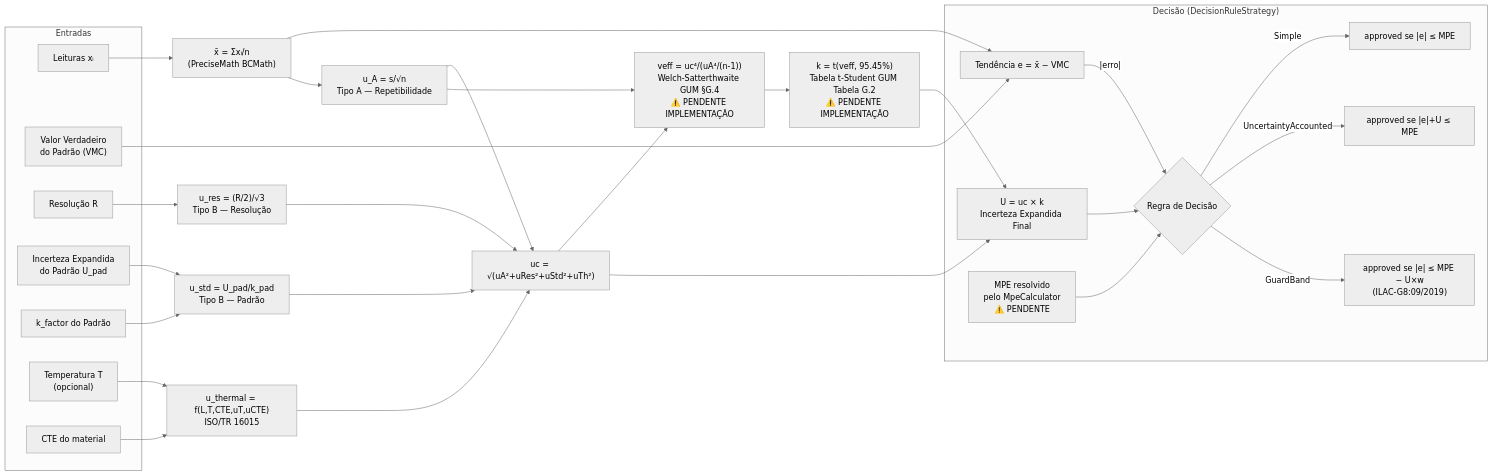
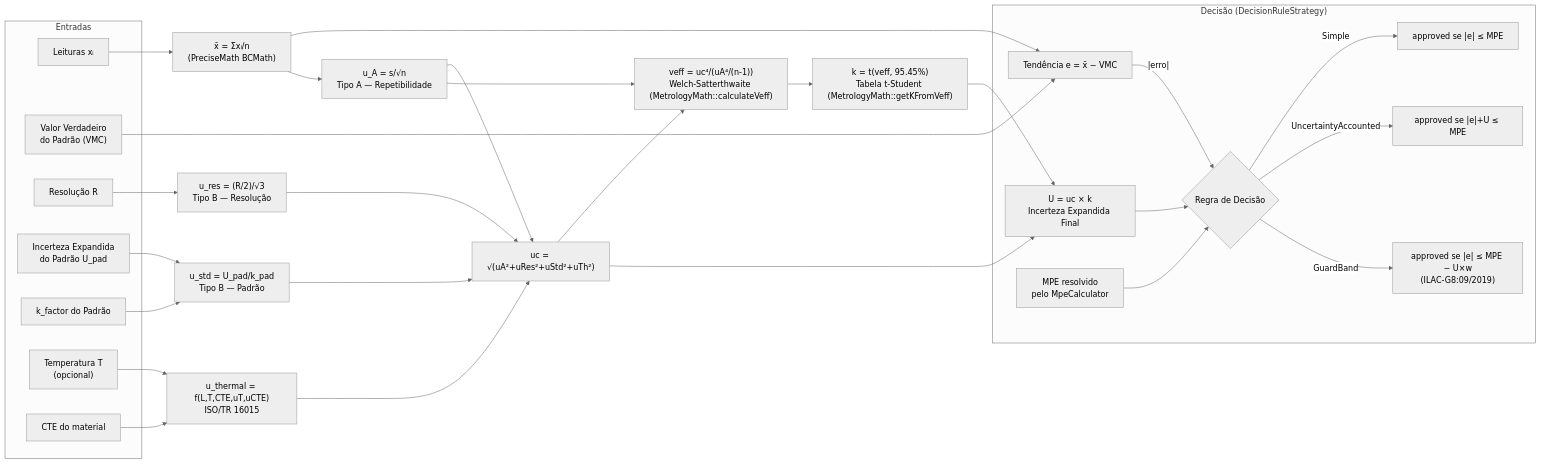
One commit to Andre-Macedo/amemiya changed the seventh of 8 diagrams in docs/metrology/METROLOGY_MODULE_GUIDE.md. Above: the diagram before and after it, drawn with Mermaid (neutral theme). The commit also changed other lines of this file and 6 other files, not shown here.

````diff
--- a/docs/metrology/METROLOGY_MODULE_GUIDE.md
+++ b/docs/metrology/METROLOGY_MODULE_GUIDE.md
@@ -215,36 +215,36 @@
 ```mermaid
 flowchart LR
     subgraph "Entradas"
         R["Leituras xᵢ"]
         VMC["Valor Verdadeiro<br/>do Padrão (VMC)"]
         RES["Resolução R"]
         UPAD["Incerteza Expandida<br/>do Padrão U_pad"]
         KPAD["k_factor do Padrão"]
         TEMP["Temperatura T<br/>(opcional)"]
         MAT["CTE do material"]
     end
 
     R --> MA["x̄ = Σxᵢ/n<br/>(PreciseMath BCMath)"]
     MA & VMC --> BIAS["Tendência e = x̄ − VMC"]
 
     MA --> UA["u_A = s/√n<br/>Tipo A — Repetibilidade"]
     RES --> UB1["u_res = (R/2)/√3<br/>Tipo B — Resolução"]
     UPAD & KPAD --> UB2["u_std = U_pad/k_pad<br/>Tipo B — Padrão"]
     TEMP & MAT --> UTH["u_thermal = f(L,T,CTE,uT,uCTE)<br/>ISO/TR 16015"]
 
     UA & UB1 & UB2 & UTH --> COMB["uc = √(uA²+uRes²+uStd²+uTh²)"]
 
-    COMB & UA --> VEFF["veff = uc⁴/(uA⁴/(n-1))<br/>Welch-Satterthwaite GUM §G.4<br/>⚠️ PENDENTE IMPLEMENTAÇÃO"]
-    VEFF --> K["k = t(veff, 95.45%)<br/>Tabela t-Student GUM Tabela G.2<br/>⚠️ PENDENTE IMPLEMENTAÇÃO"]
+    COMB & UA --> VEFF["veff = uc⁴/(uA⁴/(n-1))<br/>Welch-Satterthwaite (MetrologyMath::calculateVeff)"]
+    VEFF --> K["k = t(veff, 95.45%)<br/>Tabela t-Student (MetrologyMath::getKFromVeff)"]
     K & COMB --> U["U = uc × k<br/>Incerteza Expandida Final"]
 
     subgraph "Decisão (DecisionRuleStrategy)"
         BIAS --> |"|erro|"| DEC
         U --> DEC
-        MPE["MPE resolvido<br/>pelo MpeCalculator<br/>⚠️ PENDENTE"] --> DEC
+        MPE["MPE resolvido<br/>pelo MpeCalculator"] --> DEC
         DEC{Regra de Decisão}
         DEC -->|Simple| S["approved se |e| ≤ MPE"]
         DEC -->|UncertaintyAccounted| UA2["approved se |e|+U ≤ MPE"]
         DEC -->|GuardBand| GB["approved se |e| ≤ MPE − U×w<br/>(ILAC-G8:09/2019)"]
     end
 ```
````
